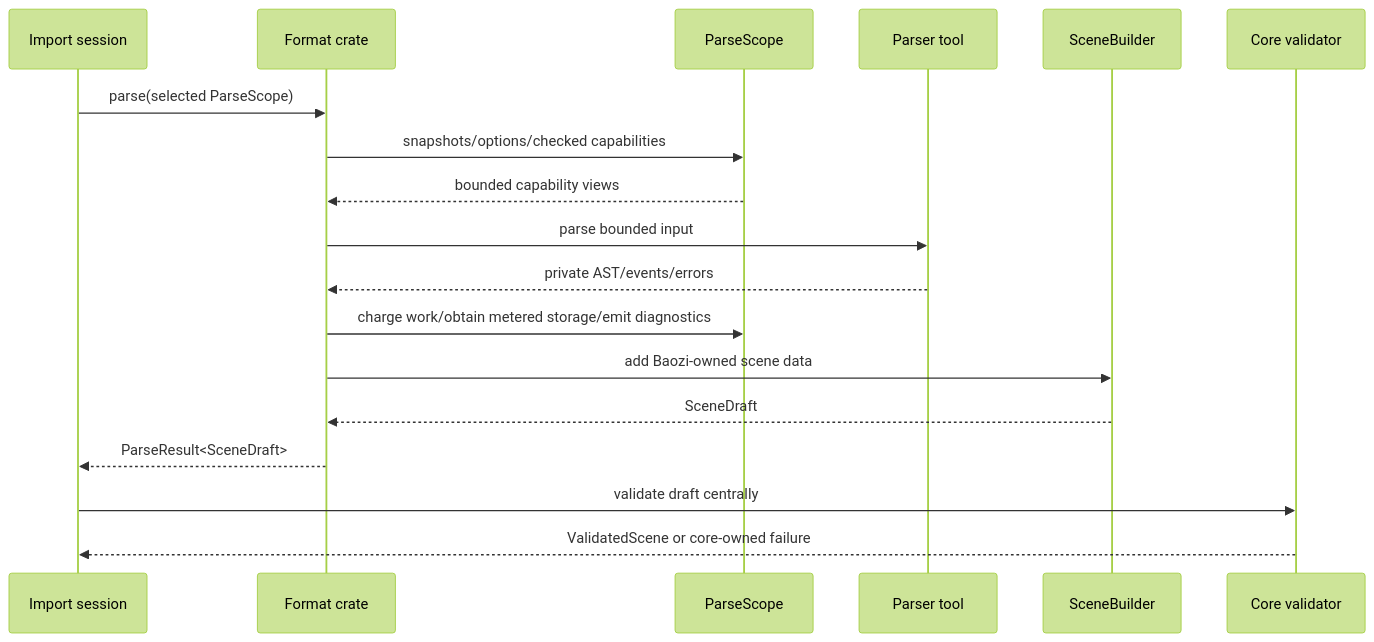
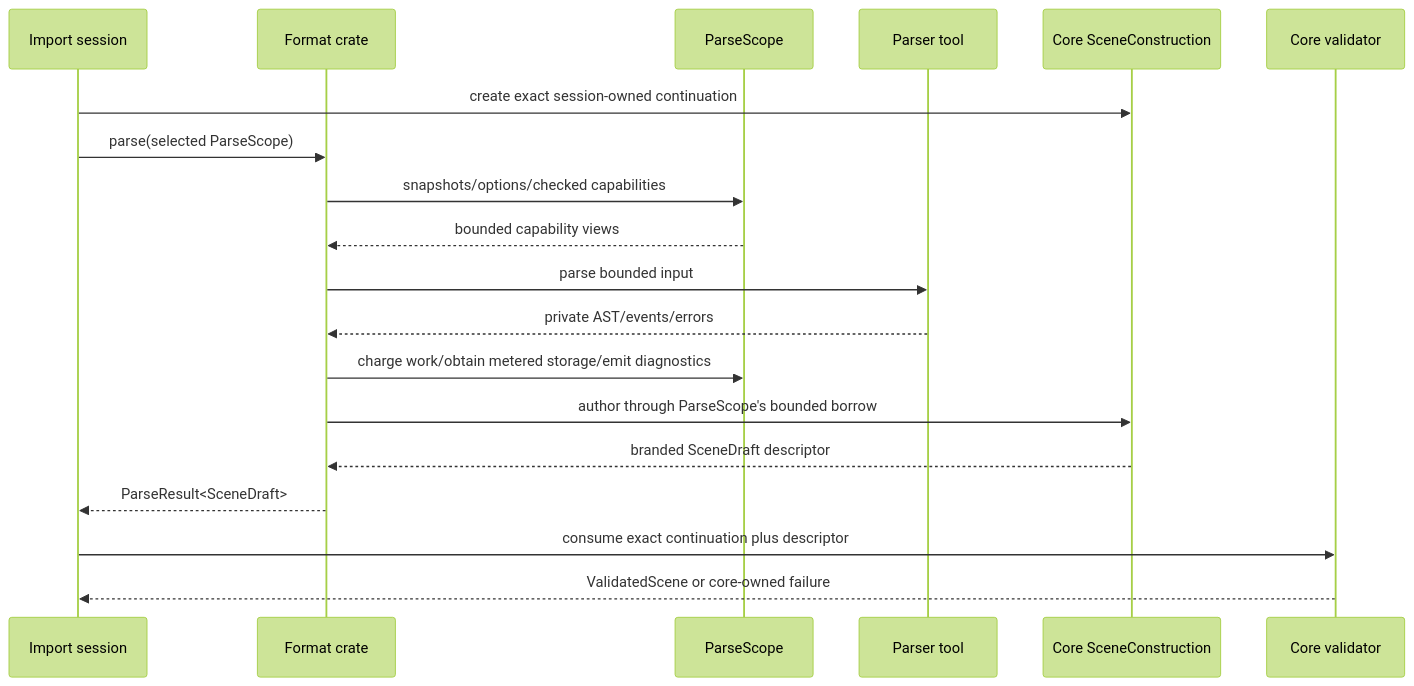
Before and after one commit to Latias94/baozi: the second of 2 diagrams in docs/adr/0018-parser-tooling-and-format-owned-parser-policy.md, drawn with Mermaid (forest theme). The commit also changed other lines of this file and 18 other files, not shown here.

First line of the commit message:
docs(architecture): align canonical cutover gates

````diff
--- a/docs/adr/0018-parser-tooling-and-format-owned-parser-policy.md
+++ b/docs/adr/0018-parser-tooling-and-format-owned-parser-policy.md
@@ -119,21 +120,22 @@
 ```mermaid
 sequenceDiagram
     participant Session as Import session
     participant Format as Format crate
     participant Scope as ParseScope
     participant Tool as Parser tool
-    participant Builder as SceneBuilder
+    participant Construction as Core SceneConstruction
     participant Validator as Core validator
 
+    Session->>Construction: create exact session-owned continuation
     Session->>Format: parse(selected ParseScope)
     Format->>Scope: snapshots/options/checked capabilities
     Scope-->>Format: bounded capability views
     Format->>Tool: parse bounded input
     Tool-->>Format: private AST/events/errors
     Format->>Scope: charge work/obtain metered storage/emit diagnostics
-    Format->>Builder: add Baozi-owned scene data
-    Builder-->>Format: SceneDraft
+    Format->>Construction: author through ParseScope's bounded borrow
+    Construction-->>Format: branded SceneDraft descriptor
     Format-->>Session: ParseResult<SceneDraft>
-    Session->>Validator: validate draft centrally
+    Session->>Validator: consume exact continuation plus descriptor
     Validator-->>Session: ValidatedScene or core-owned failure
 ```
````
